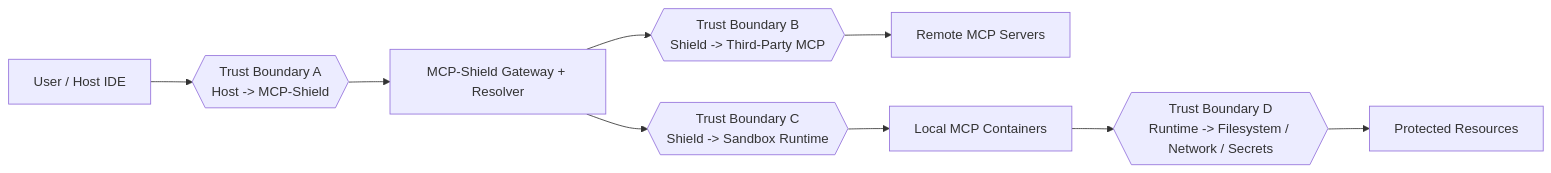
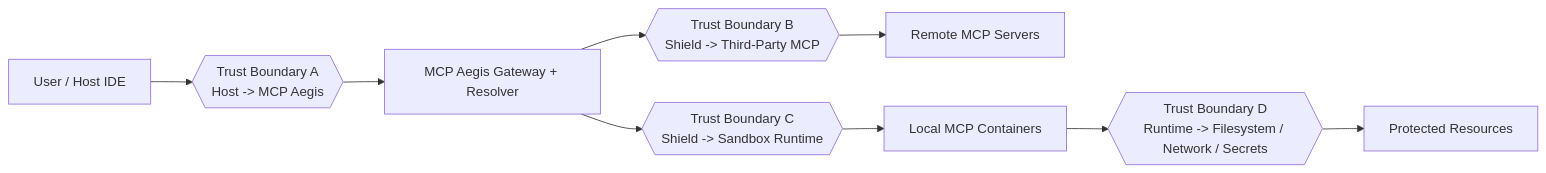
One commit to xiao-zi-chen/mcp-aegis changed the second of 6 diagrams in docs/architecture.md. Above: the diagram before and after it, drawn with Mermaid. The commit also changed other lines of this file and 1 other file, not shown here.

Commit message:
docs: rename project to MCP Aegis

````diff
--- a/docs/architecture.md
+++ b/docs/architecture.md
@@ -121,15 +121,15 @@
 ```mermaid
 flowchart LR
     U["User / Host IDE"] --> TB1
-    TB1{{"Trust Boundary A\nHost -> MCP-Shield"}}
-    TB1 --> SH["MCP-Shield Gateway + Resolver"]
+    TB1{{"Trust Boundary A\nHost -> MCP Aegis"}}
+    TB1 --> SH["MCP Aegis Gateway + Resolver"]
     SH --> TB2
     TB2{{"Trust Boundary B\nShield -> Third-Party MCP"}}
     TB2 --> RM["Remote MCP Servers"]
     SH --> TB3
     TB3{{"Trust Boundary C\nShield -> Sandbox Runtime"}}
     TB3 --> LC["Local MCP Containers"]
     LC --> TB4
     TB4{{"Trust Boundary D\nRuntime -> Filesystem / Network / Secrets"}}
     TB4 --> RES["Protected Resources"]
 ```
````
